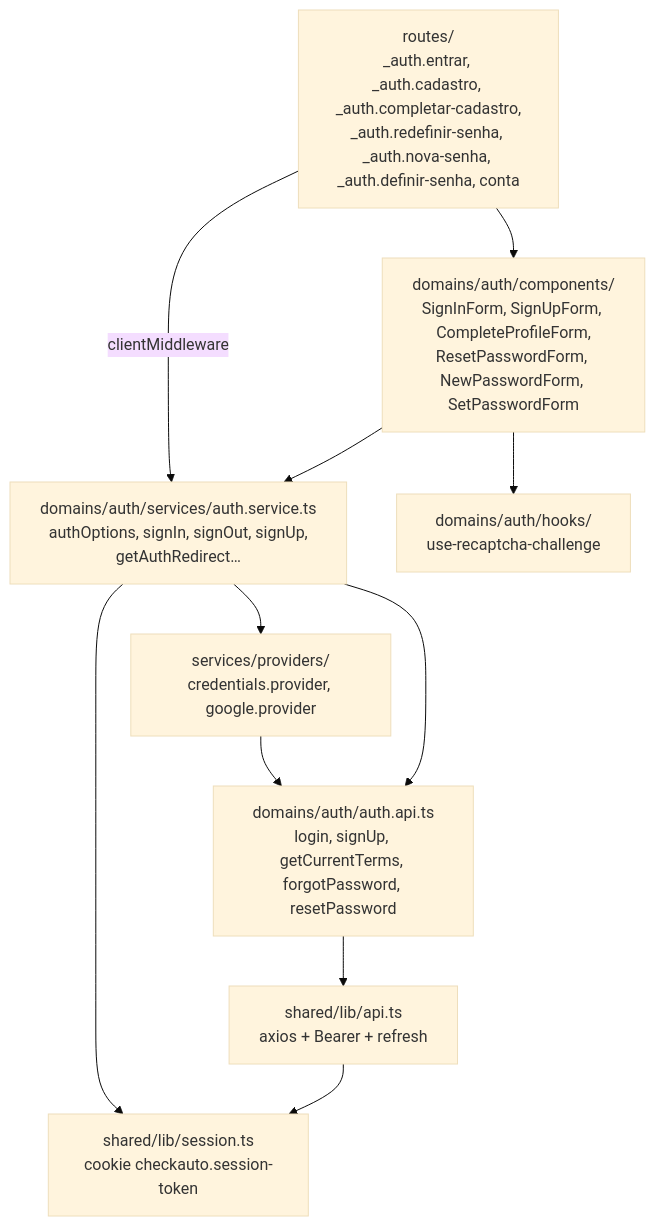
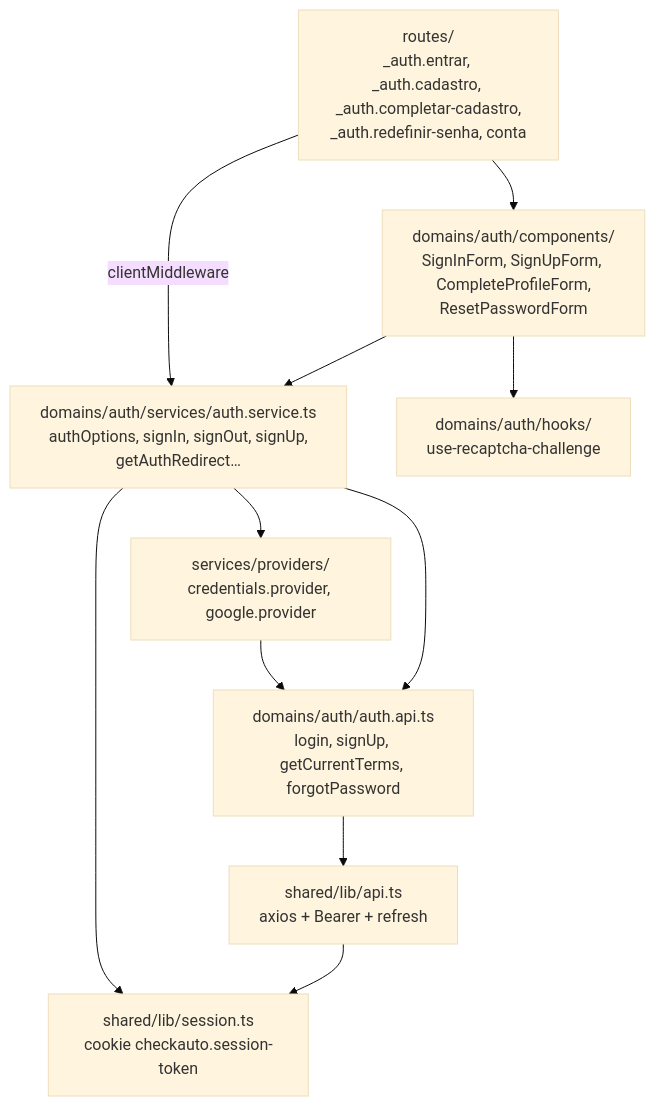
The tenth of 10 diagrams in docs/fluxo-auth.md (vinicius-fernandes-checkauto/checkauto-site), drawn with Mermaid (base theme) before and after one commit. The commit also changed other lines of this file and 14 other files, not shown here.

Commit message:
refactor(auth): remove password reset and set password forms, update API and schema references chore(docs): update API and authentication flow documentation to reflect recent changes

````diff
--- a/docs/fluxo-auth.md
+++ b/docs/fluxo-auth.md
@@ -369,13 +347,13 @@
 ```mermaid
 flowchart TD
-    R["routes/<br/>_auth.entrar, _auth.cadastro, _auth.completar-cadastro,<br/>_auth.redefinir-senha, _auth.nova-senha, _auth.definir-senha, conta"] --> C["domains/auth/components/<br/>SignInForm, SignUpForm, CompleteProfileForm,<br/>ResetPasswordForm, NewPasswordForm, SetPasswordForm"]
+    R["routes/<br/>_auth.entrar, _auth.cadastro, _auth.completar-cadastro,<br/>_auth.redefinir-senha, conta"] --> C["domains/auth/components/<br/>SignInForm, SignUpForm, CompleteProfileForm,<br/>ResetPasswordForm"]
     R -->|"clientMiddleware"| S
     C --> H["domains/auth/hooks/<br/>use-recaptcha-challenge"]
     C --> S["domains/auth/services/auth.service.ts<br/>authOptions, signIn, signOut, signUp,<br/>getAuthRedirect…"]
     S --> P["services/providers/<br/>credentials.provider, google.provider"]
-    P --> A["domains/auth/auth.api.ts<br/>login, signUp, getCurrentTerms, forgotPassword, resetPassword"]
+    P --> A["domains/auth/auth.api.ts<br/>login, signUp, getCurrentTerms, forgotPassword"]
     S --> A
     A --> HTTP["shared/lib/api.ts<br/>axios + Bearer + refresh"]
     S --> SES["shared/lib/session.ts<br/>cookie checkauto.session-token"]
     HTTP --> SES
 ```
````
